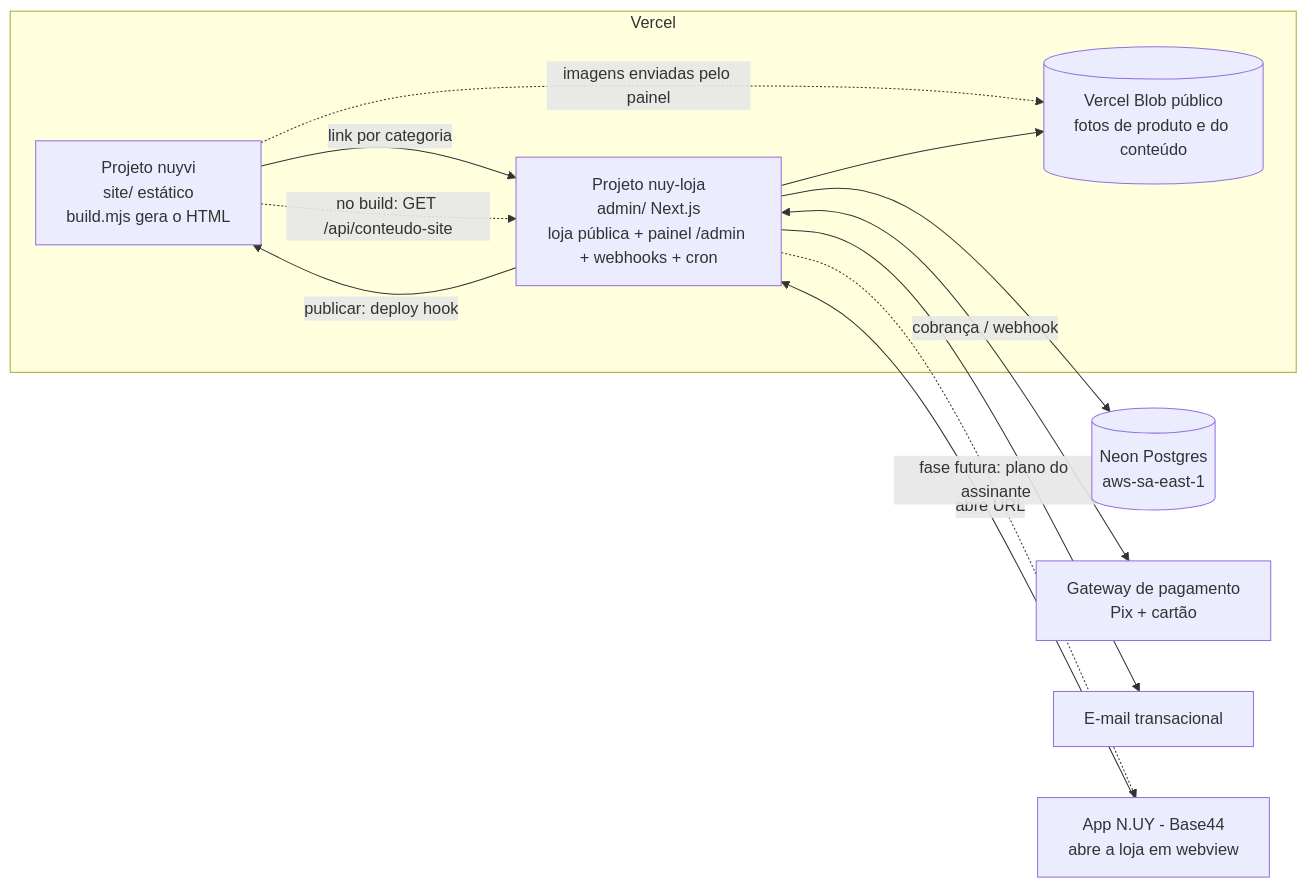
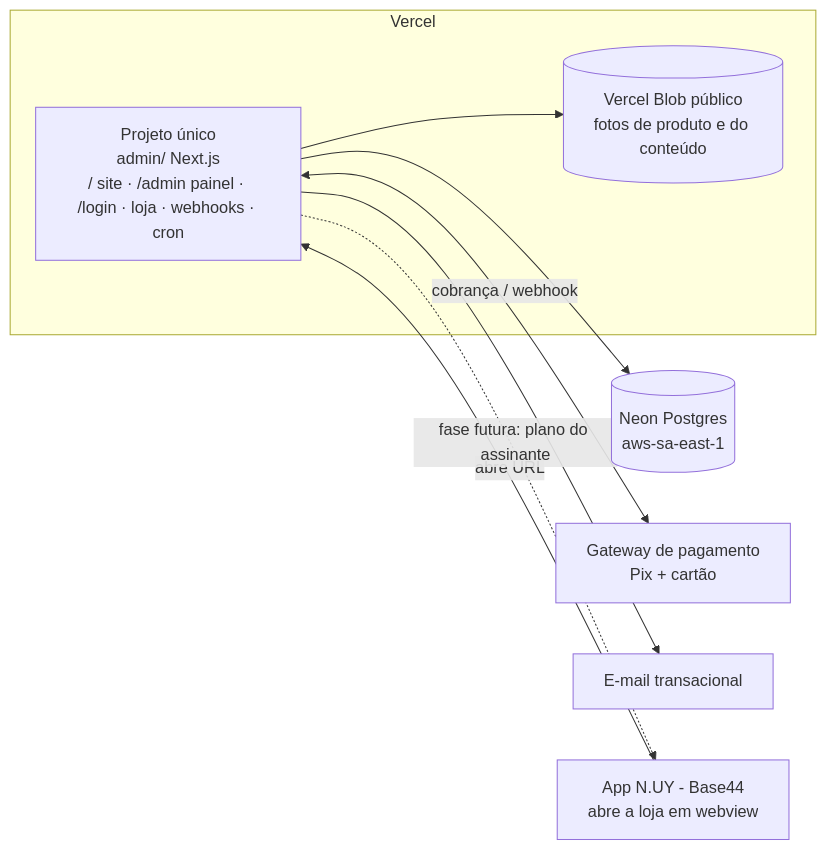
One commit to igordimarine-sys/nuyvi changed the first of 3 diagrams in docs/tecnico/arquitetura.md. Above: the diagram before and after it, drawn with Mermaid. The commit also changed other lines of this file and 7 other files, not shown here.

First line of the commit message:
ADR-0007 proposto (site, painel e loja num app Next) e correção do CI

````diff
--- a/docs/tecnico/arquitetura.md
+++ b/docs/tecnico/arquitetura.md
@@ -7,22 +7,17 @@
 ```mermaid
 flowchart LR
   subgraph Vercel
-    S[Projeto nuyvi<br/>site/ estático<br/>build.mjs gera o HTML]
-    L[Projeto nuy-loja<br/>admin/ Next.js<br/>loja pública + painel /admin + webhooks + cron]
+    L[Projeto único<br/>admin/ Next.js<br/>/ site · /admin painel · /login · loja · webhooks · cron]
     B[(Vercel Blob público<br/>fotos de produto e do conteúdo)]
   end
   N[(Neon Postgres<br/>aws-sa-east-1)]
   G[Gateway de pagamento<br/>Pix + cartão]
   E[E-mail transacional]
   APP[App N.UY - Base44<br/>abre a loja em webview]
-  S -- link por categoria --> L
-  L -- publicar: deploy hook --> S
-  S -. no build: GET /api/conteudo-site .-> L
-  S -. imagens enviadas pelo painel .-> B
   APP -- abre URL --> L
   L --> N
   L --> B
   L <-- cobrança / webhook --> G
   L --> E
   L -. fase futura: plano do assinante .-> APP
 ```
````
